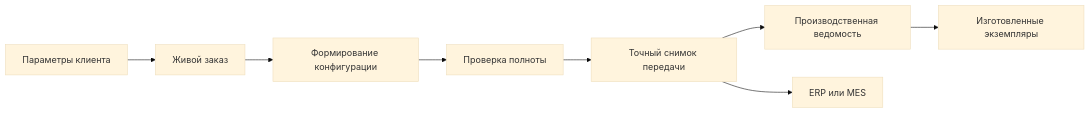
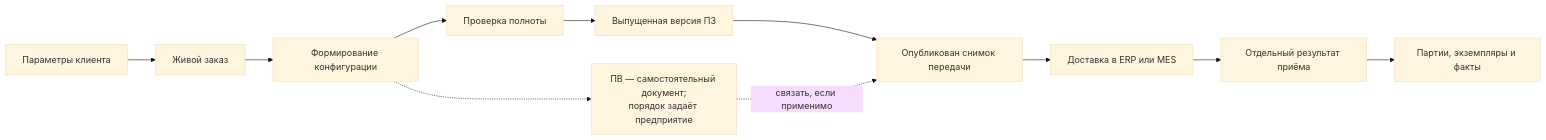
The diagram in wiki/Orders-and-production.md (ZelAnton/Interlink-product-book), drawn with Mermaid (base theme) before and after one commit. The commit also changed other lines of this file and 67 other files, not shown here.

````diff
--- a/wiki/Orders-and-production.md
+++ b/wiki/Orders-and-production.md
@@ -23,10 +23,13 @@
 ```mermaid
 flowchart LR
     A["Параметры клиента"] --> B["Живой заказ"]
     B --> C["Формирование конфигурации"]
     C --> D["Проверка полноты"]
-    D --> E["Точный снимок передачи"]
-    E --> F["Производственная ведомость"]
-    E --> G["ERP или MES"]
-    F --> H["Изготовленные экземпляры"]
+    D --> E["Выпущенная версия ПЗ"]
+    E --> F["Опубликован снимок передачи"]
+    F --> G["Доставка в ERP или MES"]
+    G --> H["Отдельный результат приёма"]
+    C -.-> P["ПВ — самостоятельный документ;<br/>порядок задаёт предприятие"]
+    P -.->|"связать, если применимо"| F
+    H --> I["Партии, экземпляры и факты"]
 ```
````
